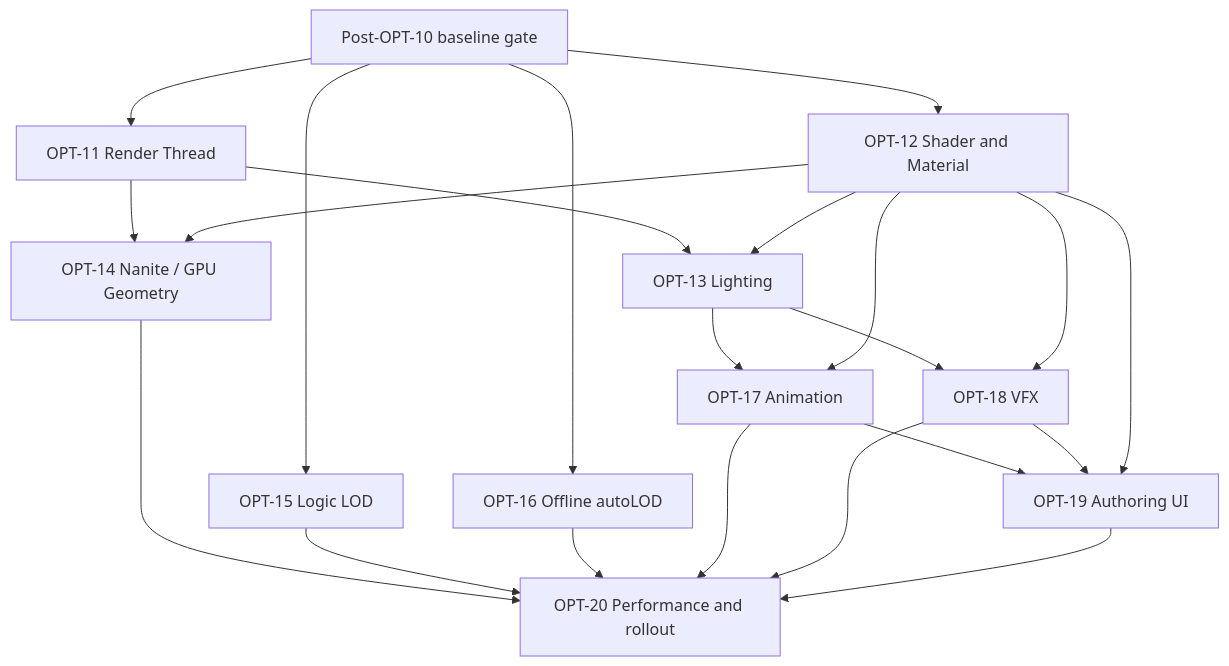
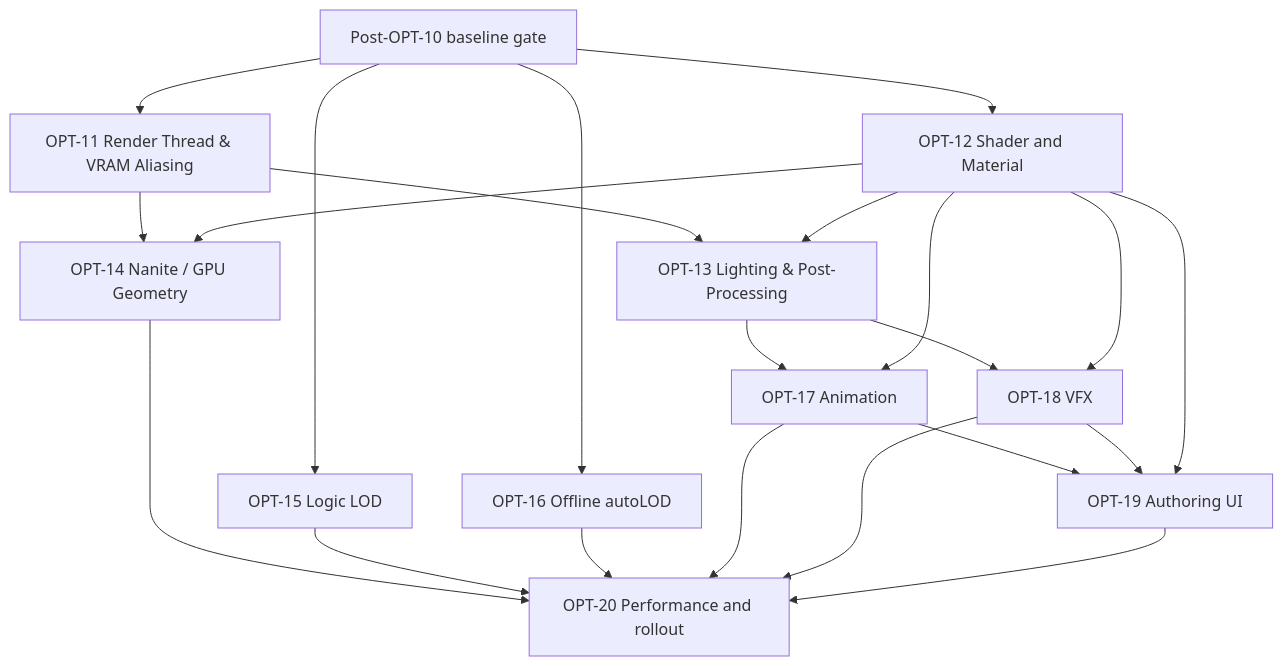
One commit to nguyenphong0210/AxleEngine changed the diagram in docs/design/POST_OPT10_PROGRAM_PLAN.md. Above: the diagram before and after it, drawn with Mermaid. The commit also changed other lines of this file and 2 other files, not shown here.

Commit message:
docs(design): enrich post-opt10 plan with vram aliasing, parallel recording, froxel fog and ddgi

````diff
--- a/docs/design/POST_OPT10_PROGRAM_PLAN.md
+++ b/docs/design/POST_OPT10_PROGRAM_PLAN.md
@@ -16,24 +16,24 @@
 ```mermaid
 flowchart TD
-    Gate[Post-OPT-10 baseline gate] --> O11[OPT-11 Render Thread]
+    Gate[Post-OPT-10 baseline gate] --> O11[OPT-11 Render Thread & VRAM Aliasing]
     Gate --> O12[OPT-12 Shader and Material]
-    O11 --> O13[OPT-13 Lighting]
+    O11 --> O13[OPT-13 Lighting & Post-Processing]
     O12 --> O13
     O11 --> O14[OPT-14 Nanite / GPU Geometry]
     O12 --> O14
     Gate --> O15[OPT-15 Logic LOD]
     Gate --> O16[OPT-16 Offline autoLOD]
     O13 --> O17[OPT-17 Animation]
     O12 --> O17
     O13 --> O18[OPT-18 VFX]
     O12 --> O18
     O17 --> O19[OPT-19 Authoring UI]
     O18 --> O19
     O12 --> O19
     O14 --> O20[OPT-20 Performance and rollout]
     O15 --> O20
     O16 --> O20
     O17 --> O20
     O18 --> O20
     O19 --> O20
 ```
````
